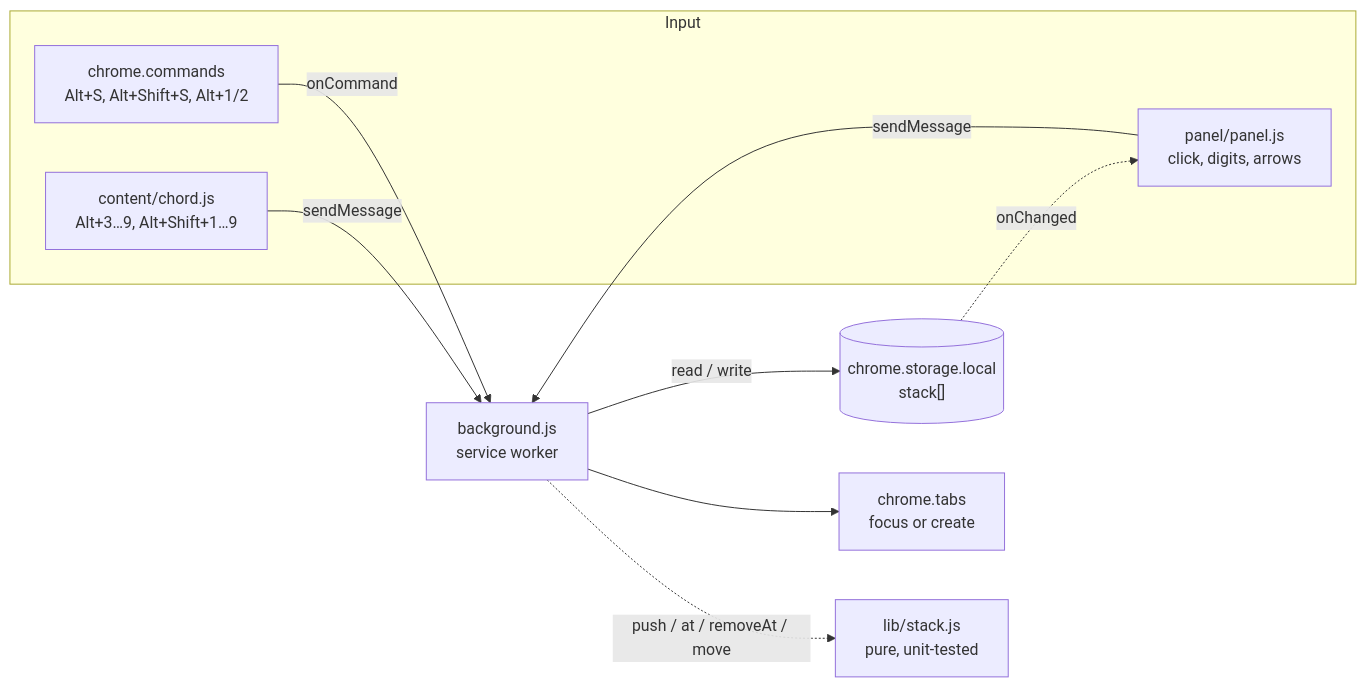
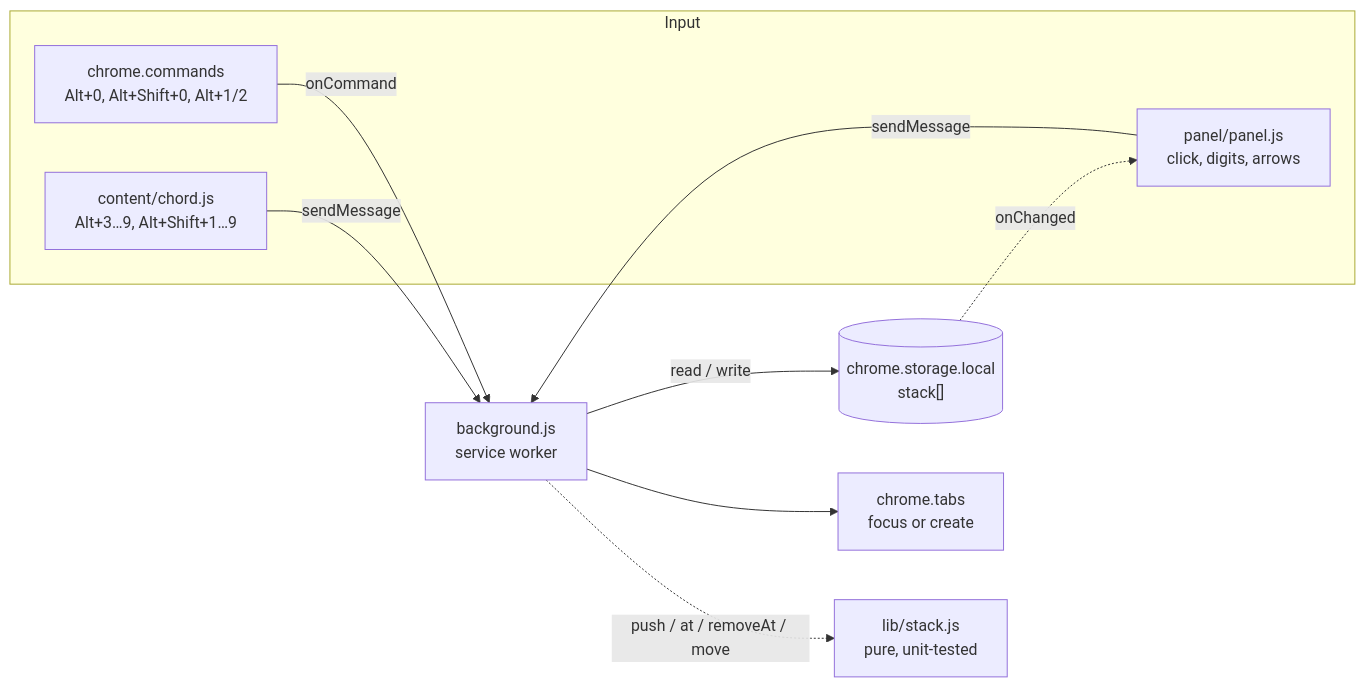
The second of 3 diagrams in README.md (demian-overflow/tabstack), drawn with Mermaid before and after one commit. The commit also changed other lines of this file and 4 other files, not shown here.

````diff
--- a/README.md
+++ b/README.md
@@ -96,22 +116,22 @@
 ```mermaid
 flowchart LR
     subgraph Input
-        CMD["chrome.commands<br/>Alt+S, Alt+Shift+S, Alt+1/2"]
+        CMD["chrome.commands<br/>Alt+0, Alt+Shift+0, Alt+1/2"]
         CS["content/chord.js<br/>Alt+3…9, Alt+Shift+1…9"]
         UI["panel/panel.js<br/>click, digits, arrows"]
     end
 
     SW["background.js<br/>service worker"]
     ST[("chrome.storage.local<br/>stack[]")]
     TABS["chrome.tabs<br/>focus or create"]
 
     CMD -->|onCommand| SW
     CS -->|sendMessage| SW
     UI -->|sendMessage| SW
     SW -->|read / write| ST
     SW --> TABS
     ST -.->|onChanged| UI
 
     LIB["lib/stack.js<br/>pure, unit-tested"]
     SW -.->|push / at / removeAt / move| LIB
 ```
````
